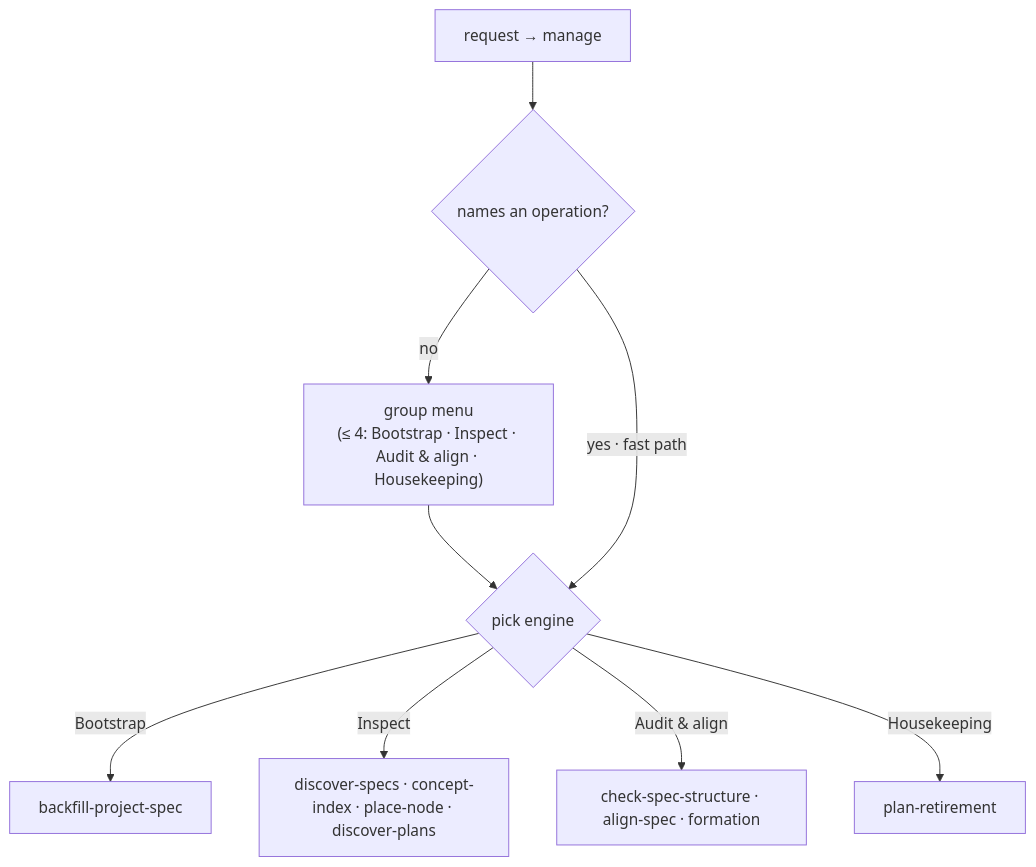
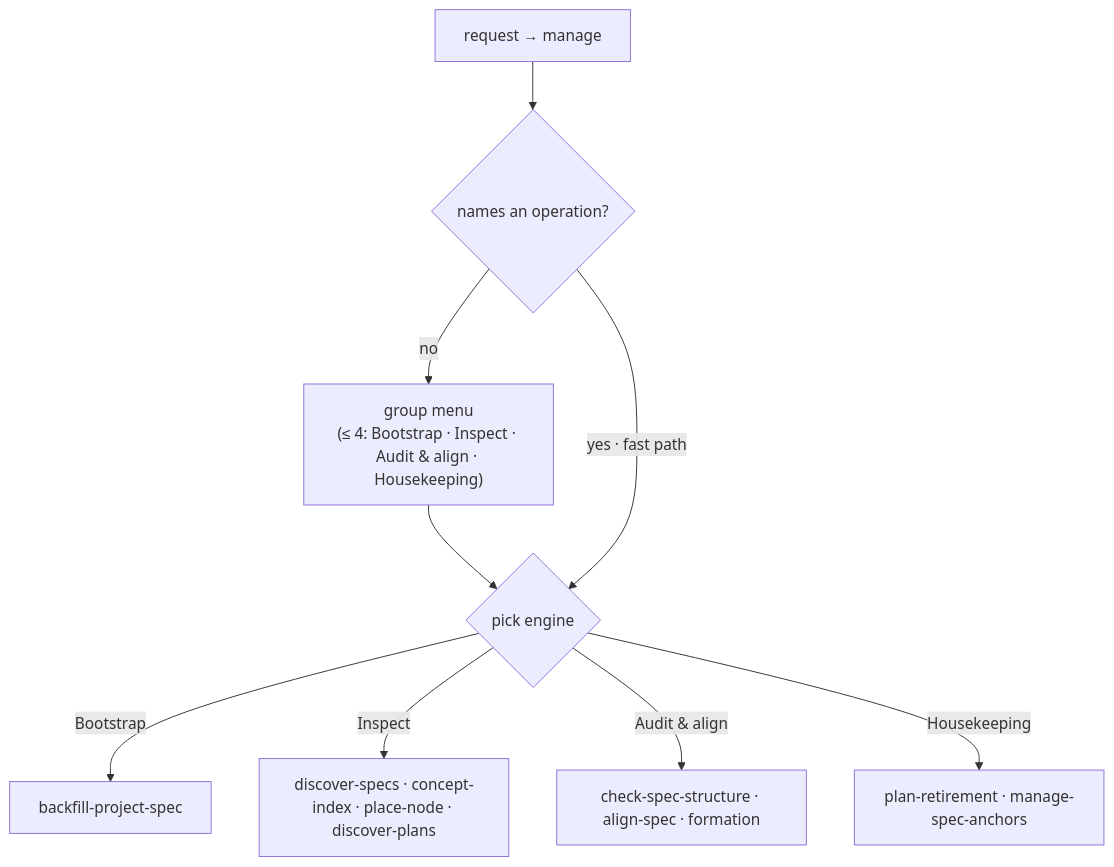
The diagram in .agents/specs/sdd/gateway/manage/README.md (cyberuni/cyber-sdd), drawn with Mermaid before and after one commit. The commit also changed other lines of this file and 1 other file, not shown here.

First line of the commit message:
feat(sdd): route spec-anchors curation through the manage gateway (github-39)

````diff
--- a/.agents/specs/sdd/gateway/manage/README.md
+++ b/.agents/specs/sdd/gateway/manage/README.md
@@ -58,10 +58,10 @@
 ```mermaid
 flowchart TD
     REQ["request → manage"] --> BARE{"names an operation?"}
     BARE -->|no| GROUPS["group menu<br/>(≤ 4: Bootstrap · Inspect · Audit &amp; align · Housekeeping)"] --> PICK{pick engine}
     BARE -->|yes · fast path| PICK
     PICK -->|Bootstrap| BF["backfill-project-spec"]
     PICK -->|Inspect| INS["discover-specs · concept-index · place-node · discover-plans"]
     PICK -->|Audit &amp; align| AUD["check-spec-structure · align-spec · formation"]
-    PICK -->|Housekeeping| HK["plan-retirement"]
+    PICK -->|Housekeeping| HK["plan-retirement · manage-spec-anchors"]
 ```
````
